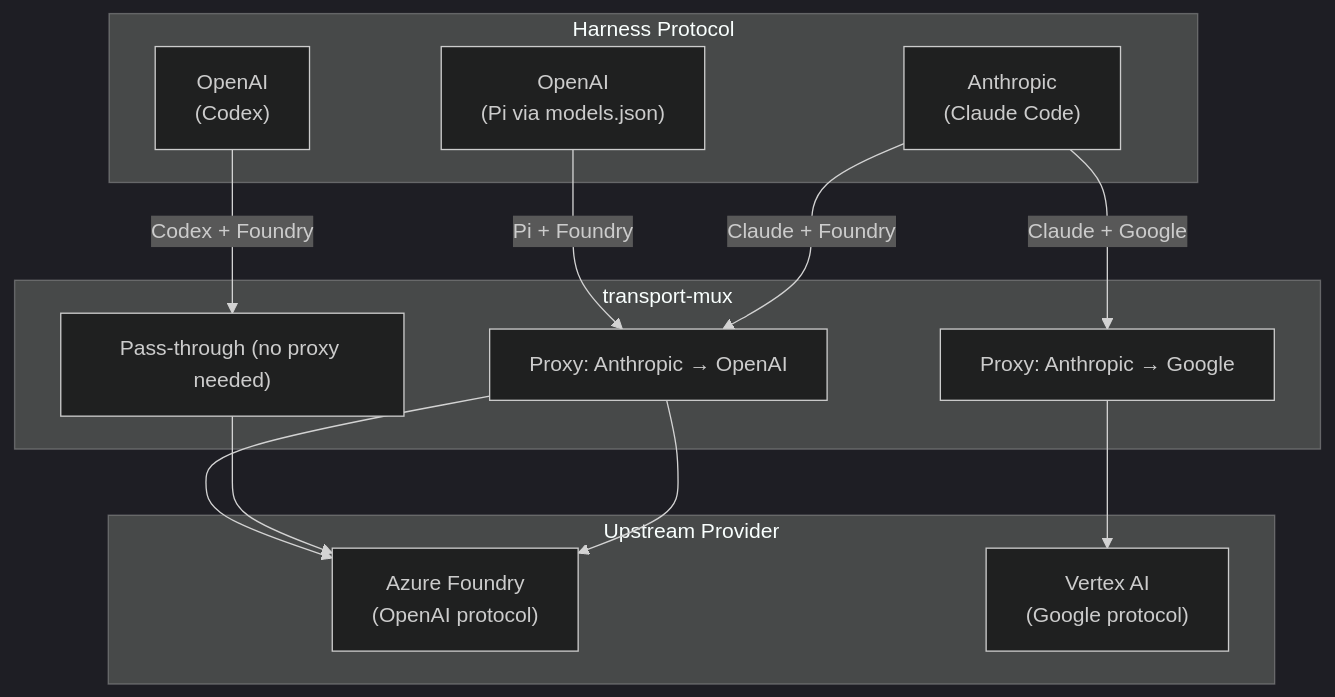
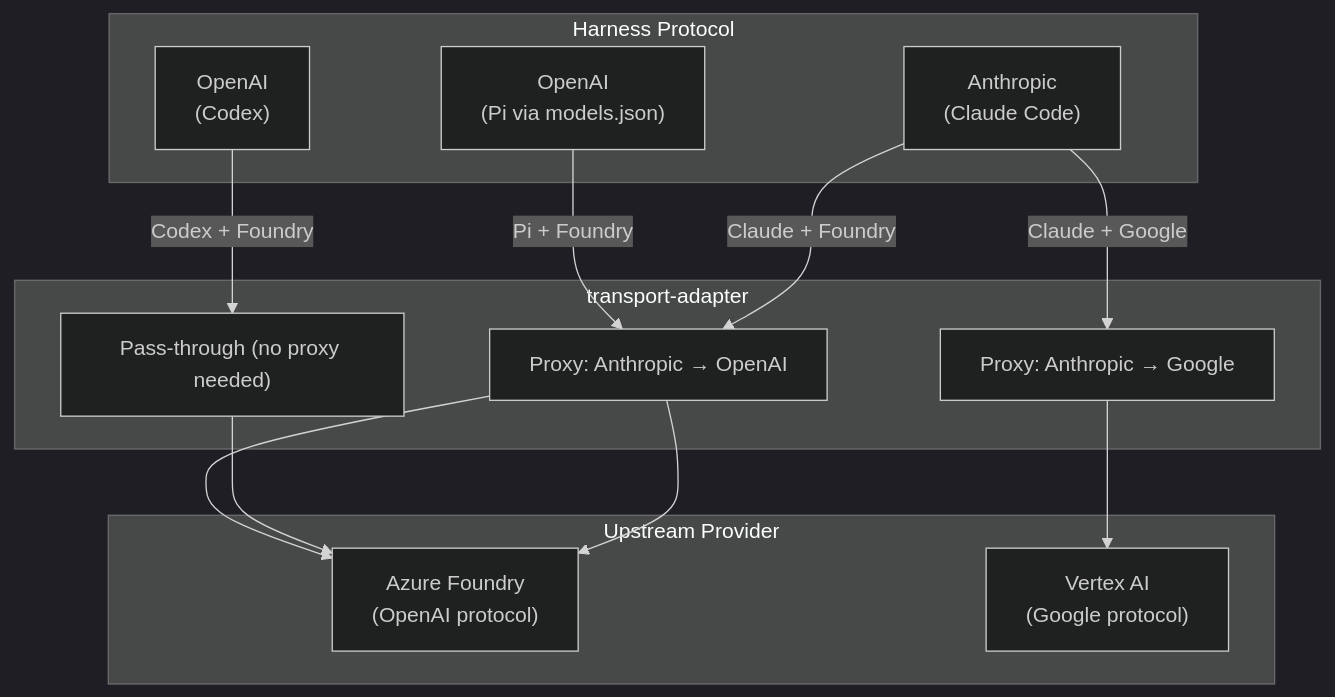
One commit to danielkman/babysitter changed diagram 16 of 16 in docs/development/03-babysitter-plugin-flows.md. Above: the diagram before and after it, drawn with Mermaid (dark theme). The commit also changed other lines of this file and 682 other files, not shown here.

First line of the commit message:
refactor: eliminate -mux terminology from source — use -adapter

````diff
--- a/docs/development/03-babysitter-plugin-flows.md
+++ b/docs/development/03-babysitter-plugin-flows.md
@@ -521,24 +521,24 @@
 ```mermaid
 graph TB
     subgraph "Harness Protocol"
         ANT["Anthropic<br/>(Claude Code)"]
         OAI["OpenAI<br/>(Codex)"]
         OAI2["OpenAI<br/>(Pi via models.json)"]
     end
 
-    subgraph "transport-mux"
+    subgraph "transport-adapter"
         P1["Proxy: Anthropic → OpenAI"]
         P2["Proxy: Anthropic → Google"]
         P3["Pass-through (no proxy needed)"]
     end
 
     subgraph "Upstream Provider"
         FOUNDRY["Azure Foundry<br/>(OpenAI protocol)"]
         VERTEX["Vertex AI<br/>(Google protocol)"]
     end
 
     ANT -->|"Claude + Foundry"| P1 --> FOUNDRY
     ANT -->|"Claude + Google"| P2 --> VERTEX
     OAI -->|"Codex + Foundry"| P3 --> FOUNDRY
     OAI2 -->|"Pi + Foundry"| P1 --> FOUNDRY
 ```
````
